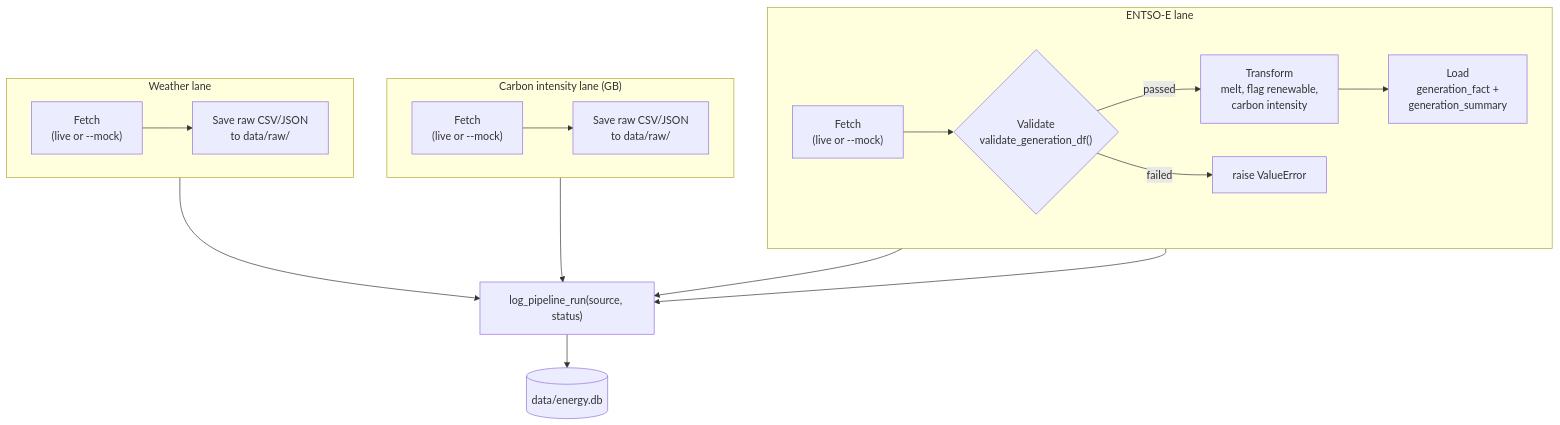
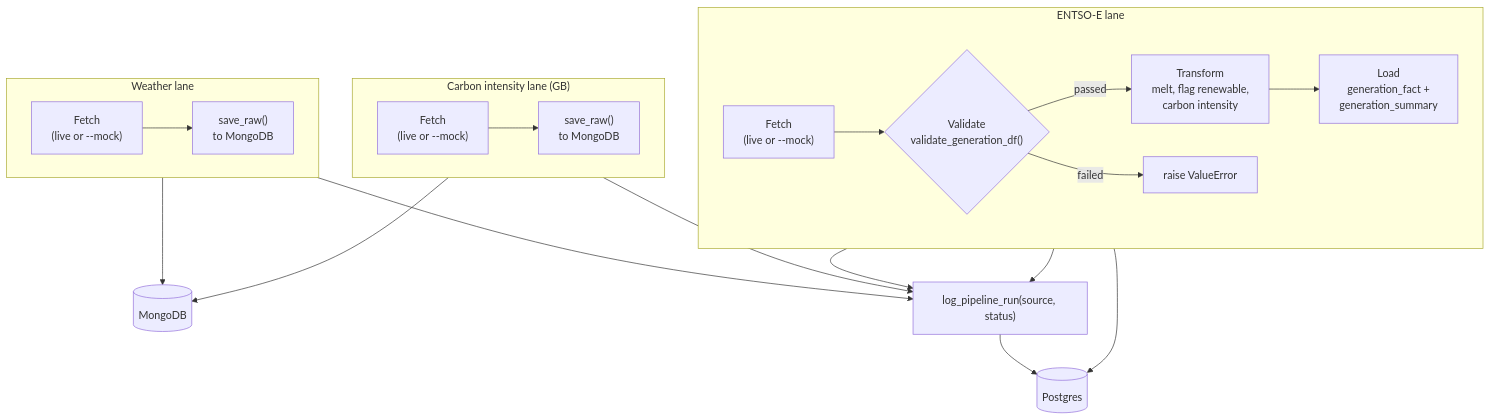
Before and after one commit to squirke1/energy-data-pipeline: the third of 7 diagrams in docs/DIAGRAMS.md, drawn with Mermaid. The commit also changed other lines of this file and 19 other files, not shown here.

````diff
--- a/docs/DIAGRAMS.md
+++ b/docs/DIAGRAMS.md
@@ -83,26 +82,30 @@
 ```mermaid
 flowchart TB
     subgraph L1["ENTSO-E lane"]
         direction LR
         A1["Fetch<br/>(live or --mock)"] --> A2{"Validate<br/>validate_generation_df()"}
         A2 -- passed --> A3["Transform<br/>melt, flag renewable,<br/>carbon intensity"]
         A3 --> A4["Load<br/>generation_fact +<br/>generation_summary"]
         A2 -- failed --> A5["raise ValueError"]
     end
 
     subgraph L2["Carbon intensity lane (GB)"]
         direction LR
-        B1["Fetch<br/>(live or --mock)"] --> B2["Save raw CSV/JSON<br/>to data/raw/"]
+        B1["Fetch<br/>(live or --mock)"] --> B2["save_raw()<br/>to MongoDB"]
     end
 
     subgraph L3["Weather lane"]
         direction LR
-        C1["Fetch<br/>(live or --mock)"] --> C2["Save raw CSV/JSON<br/>to data/raw/"]
+        C1["Fetch<br/>(live or --mock)"] --> C2["save_raw()<br/>to MongoDB"]
     end
+
+    A4 --> PG[("Postgres")]
+    B2 --> MONGO[("MongoDB")]
+    C2 --> MONGO
 
     A4 --> LOG["log_pipeline_run(source, status)"]
     A5 --> LOG
     B2 --> LOG
     C2 --> LOG
-    LOG --> DB[("data/energy.db")]
+    LOG --> PG
 ```
````
